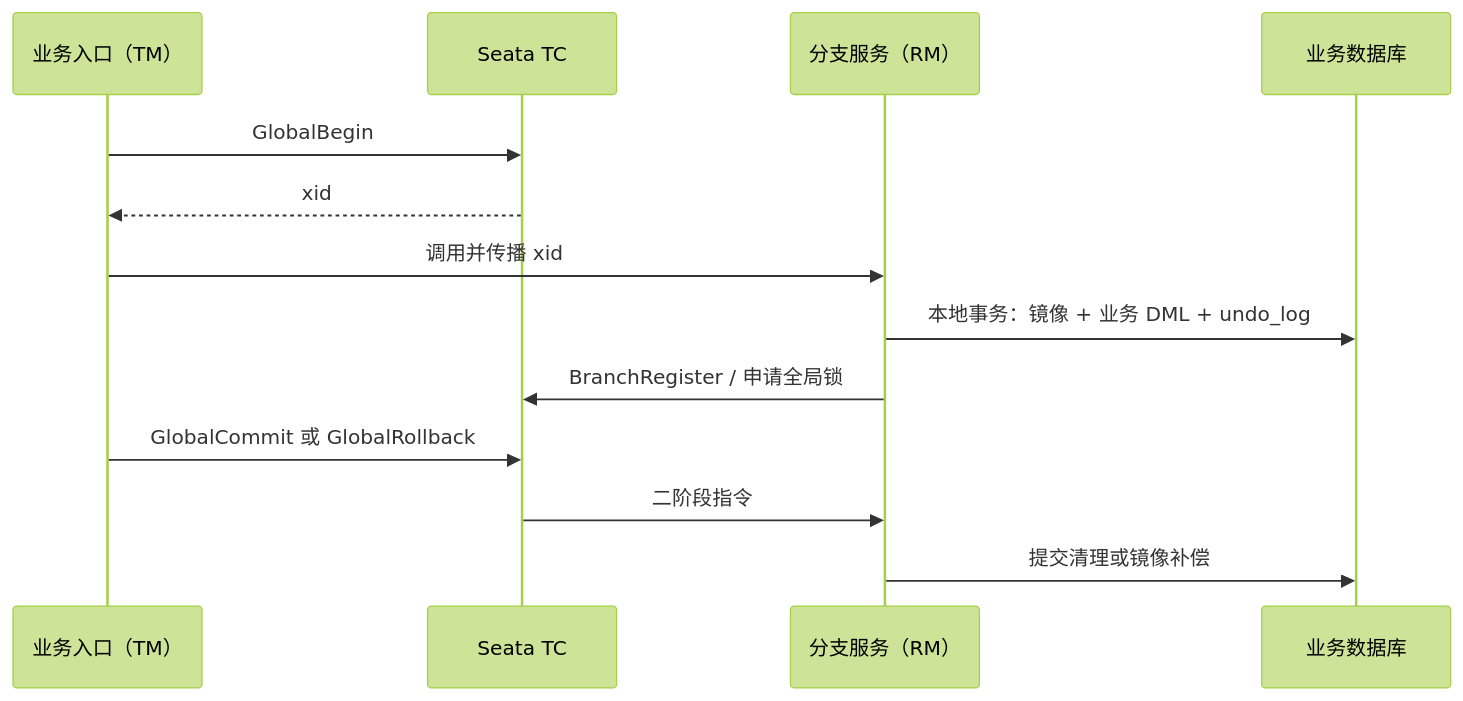
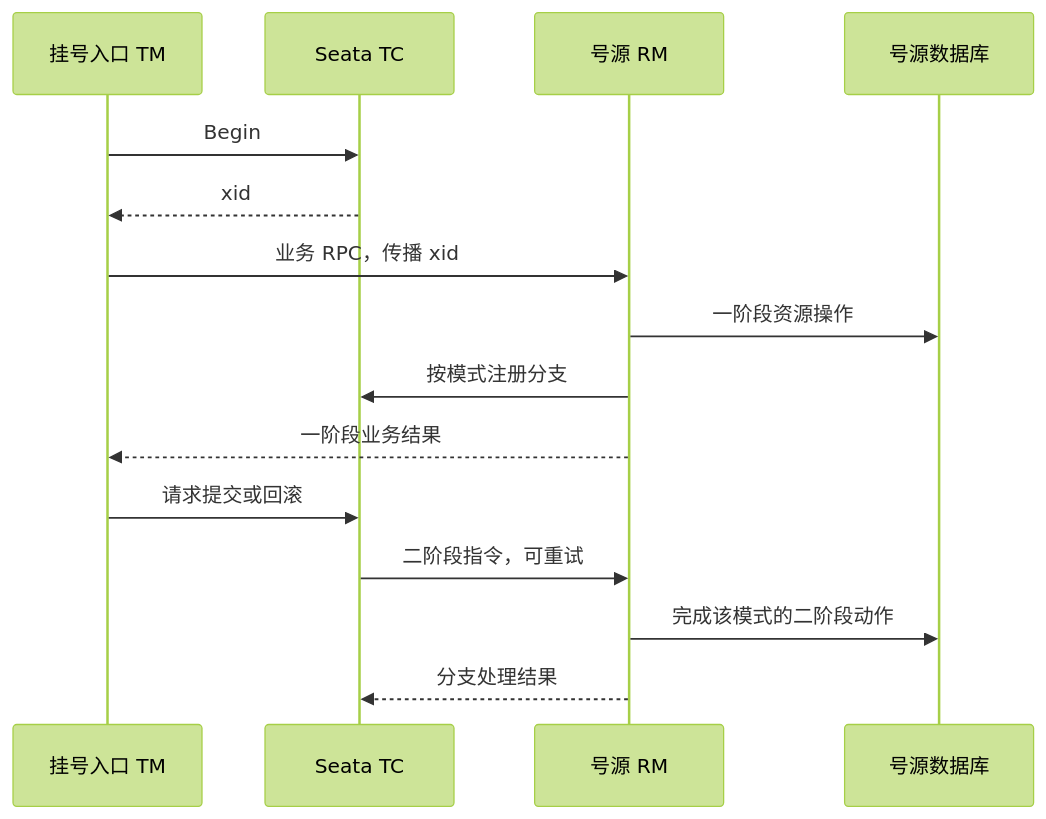
Before and after one commit to ljbclannad/learning-document: the first of 2 diagrams in 04-消息与分布式/分布式/分布式事务/Seata.md, drawn with Mermaid (forest theme). The commit also changed other lines of this file and 8 other files, not shown here.

````diff
--- a/04-消息与分布式/分布式/分布式事务/Seata.md
+++ b/04-消息与分布式/分布式/分布式事务/Seata.md
@@ -1880,15 +61,17 @@
 ```mermaid
 sequenceDiagram
-    participant TM as 业务入口（TM）
+    participant TM as 挂号入口 TM
     participant TC as Seata TC
-    participant RM as 分支服务（RM）
-    participant DB as 业务数据库
-    TM->>TC: GlobalBegin
+    participant RM as 号源 RM
+    participant DB as 号源数据库
+    TM->>TC: Begin
     TC-->>TM: xid
-    TM->>RM: 调用并传播 xid
-    RM->>DB: 本地事务：镜像 + 业务 DML + undo_log
-    RM->>TC: BranchRegister / 申请全局锁
-    TM->>TC: GlobalCommit 或 GlobalRollback
-    TC->>RM: 二阶段指令
-    RM->>DB: 提交清理或镜像补偿
+    TM->>RM: 业务 RPC，传播 xid
+    RM->>DB: 一阶段资源操作
+    RM->>TC: 按模式注册分支
+    RM-->>TM: 一阶段业务结果
+    TM->>TC: 请求提交或回滚
+    TC->>RM: 二阶段指令，可重试
+    RM->>DB: 完成该模式的二阶段动作
+    RM-->>TC: 分支处理结果
 ```
````
